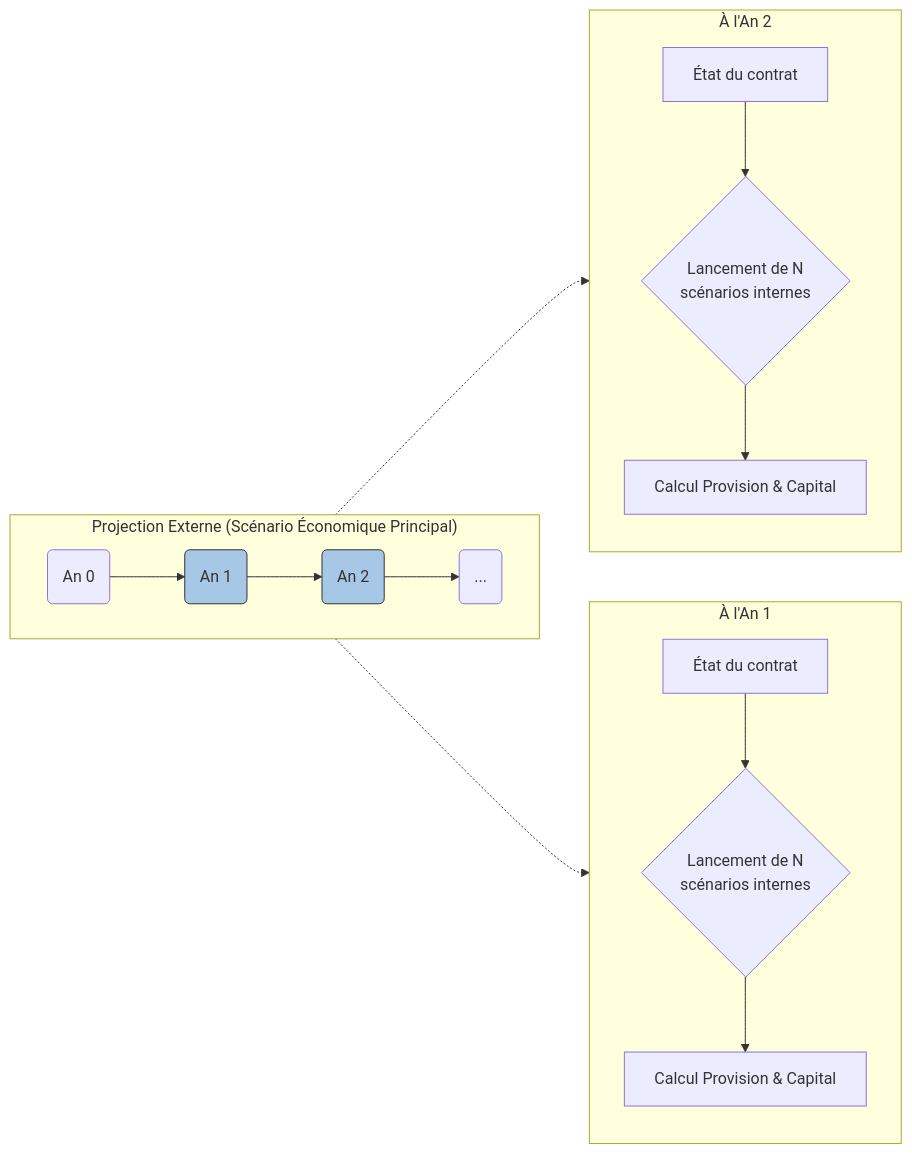
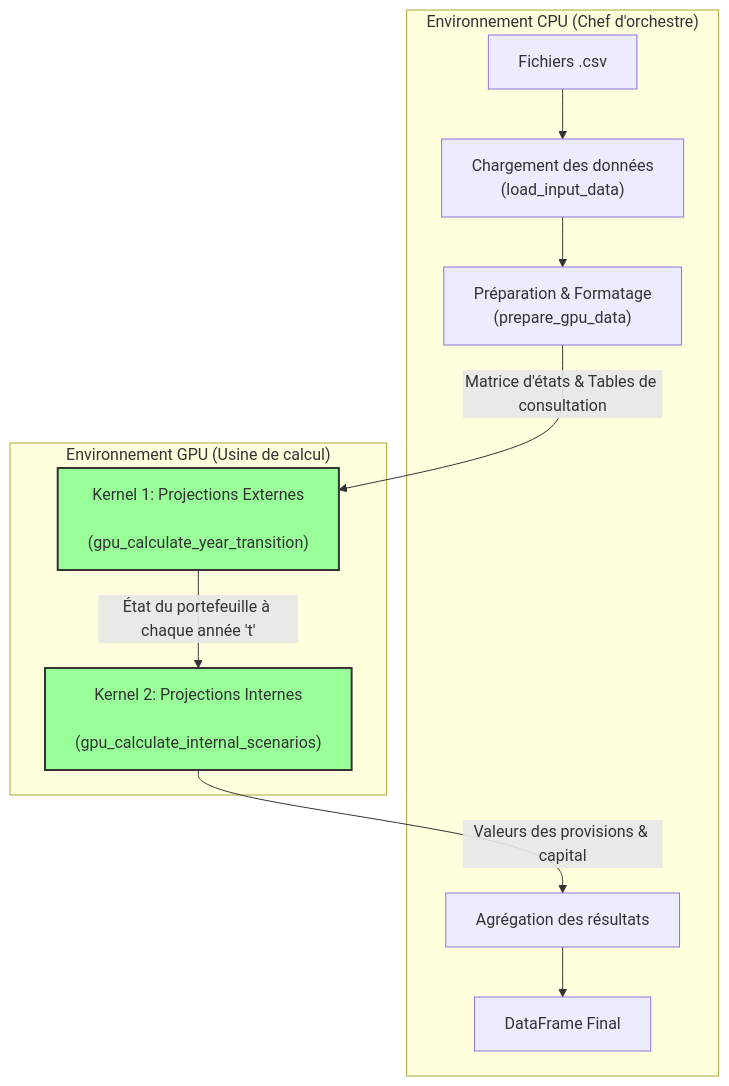
One commit to Vaunorage/sas-hackathon changed the third of 4 diagrams in test/gpu1.md. Above: the diagram before and after it, drawn with Mermaid. The commit also changed other lines of this file, not shown here.

````diff
--- a/test/gpu1.md
+++ b/test/gpu1.md
@@ -109,23 +113,23 @@
 ```mermaid
-graph LR
-    subgraph "Projection Externe (Scénario Économique Principal)"
-        direction LR
-        Y0(An 0) --> Y1(An 1) --> Y2(An 2) --> YN(...)
+graph TD
+    subgraph "Environnement CPU (Chef d'orchestre)"
+        DataIn[Fichiers .csv] --> Load["Chargement des données
+        (load_input_data)"]
+        Load --> Prep["Préparation & Formatage
+        (prepare_gpu_data)"]
+        Aggr[Agrégation des résultats] --> Final[DataFrame Final]
     end
 
-    subgraph "À l'An 1"
-        direction TB
-        Start1[État du contrat] --> Calc1{Lancement de N<br>scénarios internes} --> End1[Calcul Provision & Capital]
+    subgraph "Environnement GPU (Usine de calcul)"
+        style KernelExt fill:#9f9,stroke:#333,stroke-width:2px
+        style KernelInt fill:#9f9,stroke:#333,stroke-width:2px
+        KernelExt["Kernel 1: Projections Externes
+        (gpu_calculate_year_transition)"]
+        KernelInt["Kernel 2: Projections Internes
+        (gpu_calculate_internal_scenarios)"]
     end
 
-    subgraph "À l'An 2"
-        direction TB
-        Start2[État du contrat] --> Calc2{Lancement de N<br>scénarios internes} --> End2[Calcul Provision & Capital]
-    end
-    
-    Y1 -.-> Start1
-    Y2 -.-> Start2
-
-    style Y1 fill:#a7c7e7,stroke:#333
-    style Y2 fill:#a7c7e7,stroke:#333
+    Prep -- "Matrice d'états & Tables de consultation" --> KernelExt
+    KernelExt -- "État du portefeuille à chaque année 't'" --> KernelInt
+    KernelInt -- "Valeurs des provisions & capital" --> Aggr
 ```
````
